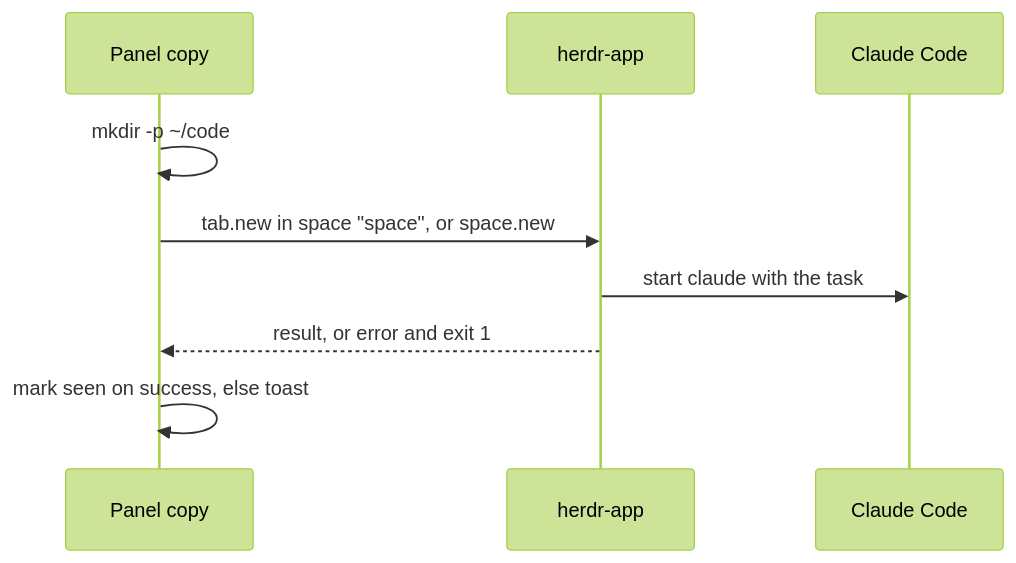
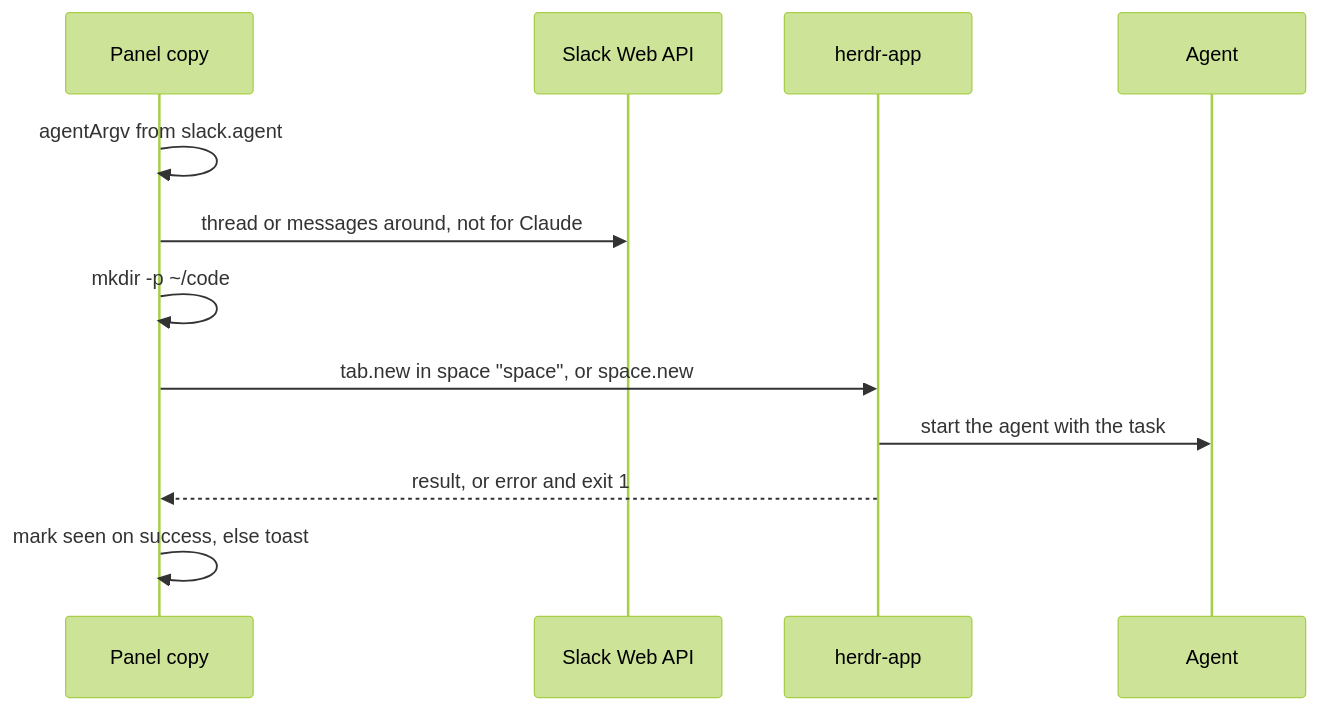
One commit to Captain-Sangam/herdr-slack changed the fourth of 5 diagrams in docs/architecture.md. Above: the diagram before and after it, drawn with Mermaid (forest theme). The commit also changed other lines of this file and 21 other files, not shown here.

First line of the commit message:
feat(slack): reply composer, Slack formatting and agent settings

````diff
--- a/docs/architecture.md
+++ b/docs/architecture.md
@@ -163,11 +208,14 @@
 ```mermaid
 sequenceDiagram
   participant P as Panel copy
+  participant S as Slack Web API
   participant H as herdr-app
-  participant C as Claude Code
+  participant A as Agent
+  P->>P: agentArgv from slack.agent
+  P->>S: thread or messages around, not for Claude
   P->>P: mkdir -p ~/code
   P->>H: tab.new in space "space", or space.new
-  H->>C: start claude with the task
+  H->>A: start the agent with the task
   H-->>P: result, or error and exit 1
   P->>P: mark seen on success, else toast
 ```
````
